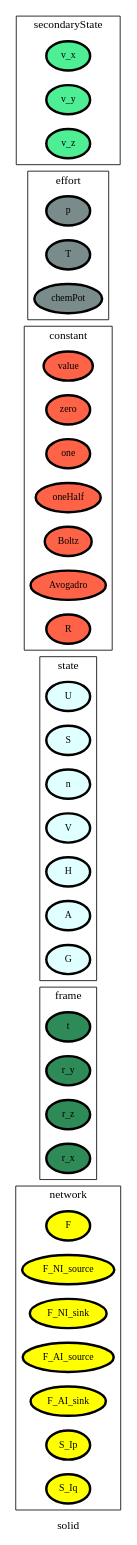
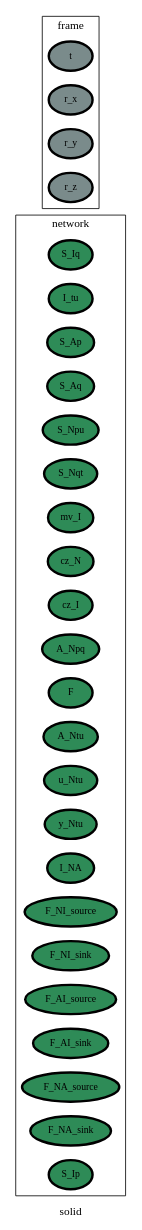
The diagram in ontology_graphs/graph__solid.dot (heinz-preisig/processes_starter), drawn with Graphviz before and after one commit. The commit also changed 81 other files, not shown here.

```diff
--- a/ontology_graphs/graph__solid.dot
+++ b/ontology_graphs/graph__solid.dot
@@ -1,100 +1,95 @@
 digraph solid {
 label=solid;
 rankdir=LR;
 subgraph cluster_solid___transport {
 label=transport;
 rankdir=LR;
 }
 
 subgraph cluster_solid___geometry {
 label=geometry;
 rankdir=LR;
 }
 
 subgraph cluster_solid___properties {
 label=properties;
 rankdir=LR;
 }
 
 subgraph cluster_solid___network {
 label=network;
 rankdir=LR;
-V_2 [fillcolor=yellow, fontsize=12, label=F, penwidth=3, style=filled];
-V_3 [fillcolor=yellow, fontsize=12, label=F_NI_source, penwidth=3, style=filled];
-V_4 [fillcolor=yellow, fontsize=12, label=F_NI_sink, penwidth=3, style=filled];
-V_5 [fillcolor=yellow, fontsize=12, label=F_AI_source, penwidth=3, style=filled];
-V_6 [fillcolor=yellow, fontsize=12, label=F_AI_sink, penwidth=3, style=filled];
-V_7 [fillcolor=yellow, fontsize=12, label=S_Ip, penwidth=3, style=filled];
-V_8 [fillcolor=yellow, fontsize=12, label=S_Iq, penwidth=3, style=filled];
+V_10 [fillcolor=seagreen, fontsize=12, label=S_Iq, penwidth=3, style=filled];
+V_11 [fillcolor=seagreen, fontsize=12, label=I_tu, penwidth=3, style=filled];
+V_12 [fillcolor=seagreen, fontsize=12, label=S_Ap, penwidth=3, style=filled];
+V_13 [fillcolor=seagreen, fontsize=12, label=S_Aq, penwidth=3, style=filled];
+V_14 [fillcolor=seagreen, fontsize=12, label=S_Npu, penwidth=3, style=filled];
+V_15 [fillcolor=seagreen, fontsize=12, label=S_Nqt, penwidth=3, style=filled];
+V_16 [fillcolor=seagreen, fontsize=12, label=mv_I, penwidth=3, style=filled];
+V_17 [fillcolor=seagreen, fontsize=12, label=cz_N, penwidth=3, style=filled];
+V_18 [fillcolor=seagreen, fontsize=12, label=cz_I, penwidth=3, style=filled];
+V_19 [fillcolor=seagreen, fontsize=12, label=A_Npq, penwidth=3, style=filled];
+V_2 [fillcolor=seagreen, fontsize=12, label=F, penwidth=3, style=filled];
+V_20 [fillcolor=seagreen, fontsize=12, label=A_Ntu, penwidth=3, style=filled];
+V_21 [fillcolor=seagreen, fontsize=12, label=u_Ntu, penwidth=3, style=filled];
+V_22 [fillcolor=seagreen, fontsize=12, label=y_Ntu, penwidth=3, style=filled];
+V_27 [fillcolor=seagreen, fontsize=12, label=I_NA, penwidth=3, style=filled];
+V_3 [fillcolor=seagreen, fontsize=12, label=F_NI_source, penwidth=3, style=filled];
+V_4 [fillcolor=seagreen, fontsize=12, label=F_NI_sink, penwidth=3, style=filled];
+V_5 [fillcolor=seagreen, fontsize=12, label=F_AI_source, penwidth=3, style=filled];
+V_6 [fillcolor=seagreen, fontsize=12, label=F_AI_sink, penwidth=3, style=filled];
+V_7 [fillcolor=seagreen, fontsize=12, label=F_NA_source, penwidth=3, style=filled];
+V_8 [fillcolor=seagreen, fontsize=12, label=F_NA_sink, penwidth=3, style=filled];
+V_9 [fillcolor=seagreen, fontsize=12, label=S_Ip, penwidth=3, style=filled];
 }
 
 subgraph cluster_solid___differenceOperator {
 label=differenceOperator;
 rankdir=LR;
 }
 
 subgraph cluster_solid___frame {
 label=frame;
 rankdir=LR;
-V_1 [fillcolor=seagreen4, fontsize=12, label=t, penwidth=3, style=filled];
-V_10 [fillcolor=seagreen4, fontsize=12, label=r_y, penwidth=3, style=filled];
-V_11 [fillcolor=seagreen4, fontsize=12, label=r_z, penwidth=3, style=filled];
-V_9 [fillcolor=seagreen4, fontsize=12, label=r_x, penwidth=3, style=filled];
+V_1 [fillcolor=lightcyan4, fontsize=12, label=t, penwidth=3, style=filled];
+V_23 [fillcolor=lightcyan4, fontsize=12, label=r_x, penwidth=3, style=filled];
+V_24 [fillcolor=lightcyan4, fontsize=12, label=r_y, penwidth=3, style=filled];
+V_25 [fillcolor=lightcyan4, fontsize=12, label=r_z, penwidth=3, style=filled];
 }
 
 subgraph cluster_solid___state {
 label=state;
 rankdir=LR;
-V_105 [fillcolor=lightcyan, fontsize=12, label=U, penwidth=3, style=filled];
-V_106 [fillcolor=lightcyan, fontsize=12, label=S, penwidth=3, style=filled];
-V_107 [fillcolor=lightcyan, fontsize=12, label=n, penwidth=3, style=filled];
-V_108 [fillcolor=lightcyan, fontsize=12, label=V, penwidth=3, style=filled];
-V_112 [fillcolor=lightcyan, fontsize=12, label=H, penwidth=3, style=filled];
-V_113 [fillcolor=lightcyan, fontsize=12, label=A, penwidth=3, style=filled];
-V_114 [fillcolor=lightcyan, fontsize=12, label=G, penwidth=3, style=filled];
 }
 
 subgraph cluster_solid___constant {
 label=constant;
 rankdir=LR;
-V_101 [fillcolor=tomato, fontsize=12, label=value, penwidth=3, style=filled];
-V_102 [fillcolor=tomato, fontsize=12, label=zero, penwidth=3, style=filled];
-V_103 [fillcolor=tomato, fontsize=12, label=one, penwidth=3, style=filled];
-V_104 [fillcolor=tomato, fontsize=12, label=oneHalf, penwidth=3, style=filled];
-V_118 [fillcolor=tomato, fontsize=12, label=Boltz, penwidth=3, style=filled];
-V_119 [fillcolor=tomato, fontsize=12, label=Avogadro, penwidth=3, style=filled];
-V_120 [fillcolor=tomato, fontsize=12, label=R, penwidth=3, style=filled];
 }
 
 subgraph cluster_solid___effort {
 label=effort;
 rankdir=LR;
-V_109 [fillcolor=lightcyan4, fontsize=12, label=p, penwidth=3, style=filled];
-V_110 [fillcolor=lightcyan4, fontsize=12, label=T, penwidth=3, style=filled];
-V_111 [fillcolor=lightcyan4, fontsize=12, label=chemPot, penwidth=3, style=filled];
 }
 
 subgraph cluster_solid___secondaryState {
 label=secondaryState;
 rankdir=LR;
-V_115 [fillcolor=seagreen2, fontsize=12, label=v_x, penwidth=3, style=filled];
-V_116 [fillcolor=seagreen2, fontsize=12, label=v_y, penwidth=3, style=filled];
-V_117 [fillcolor=seagreen2, fontsize=12, label=v_z, penwidth=3, style=filled];
 }
 
 subgraph cluster_solid___conversion {
 label=conversion;
 rankdir=LR;
 }
 
 subgraph cluster_solid___diffState {
 label=diffState;
 rankdir=LR;
 }
 
 subgraph cluster_solid___internalTransport {
 label=internalTransport;
 rankdir=LR;
 }
 
 }
```
